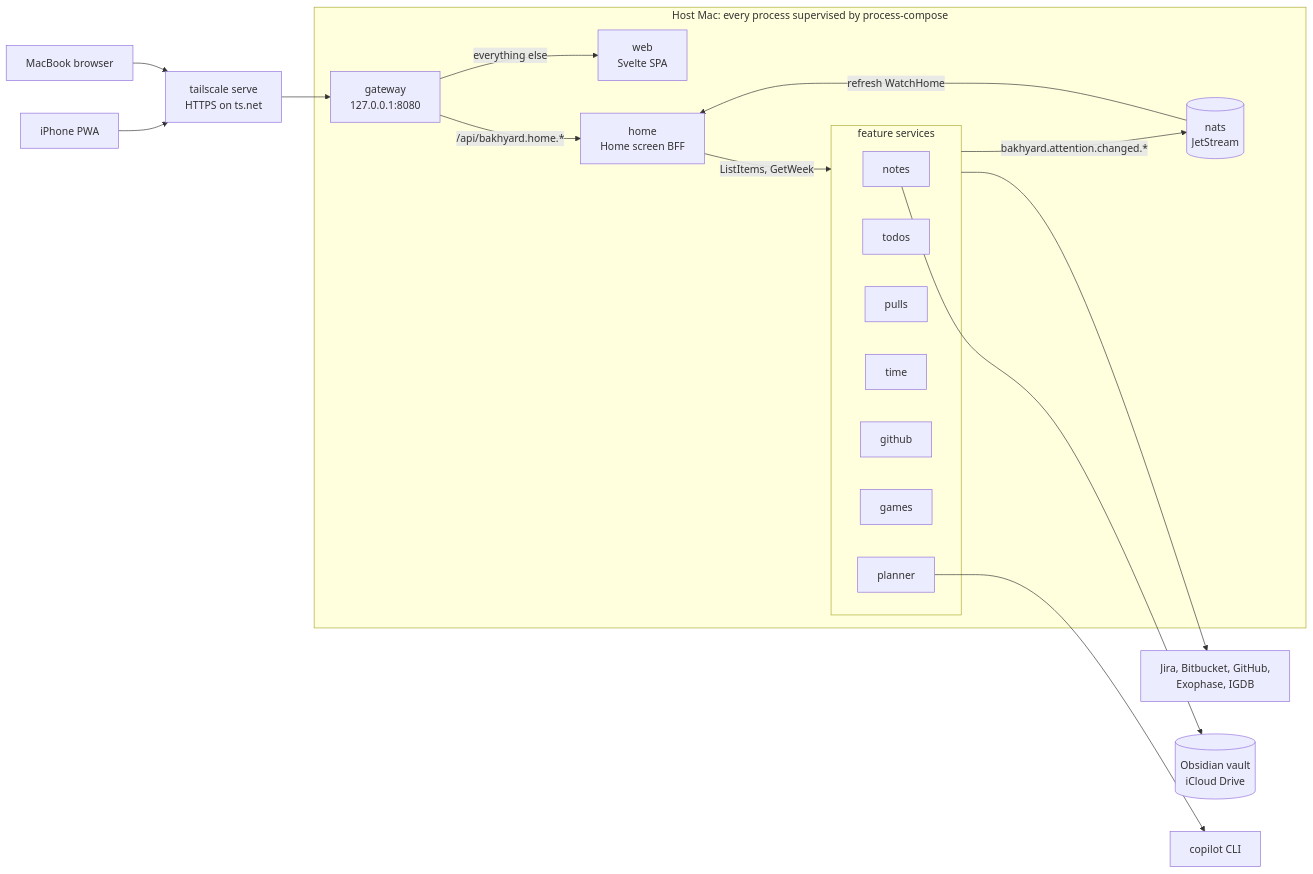
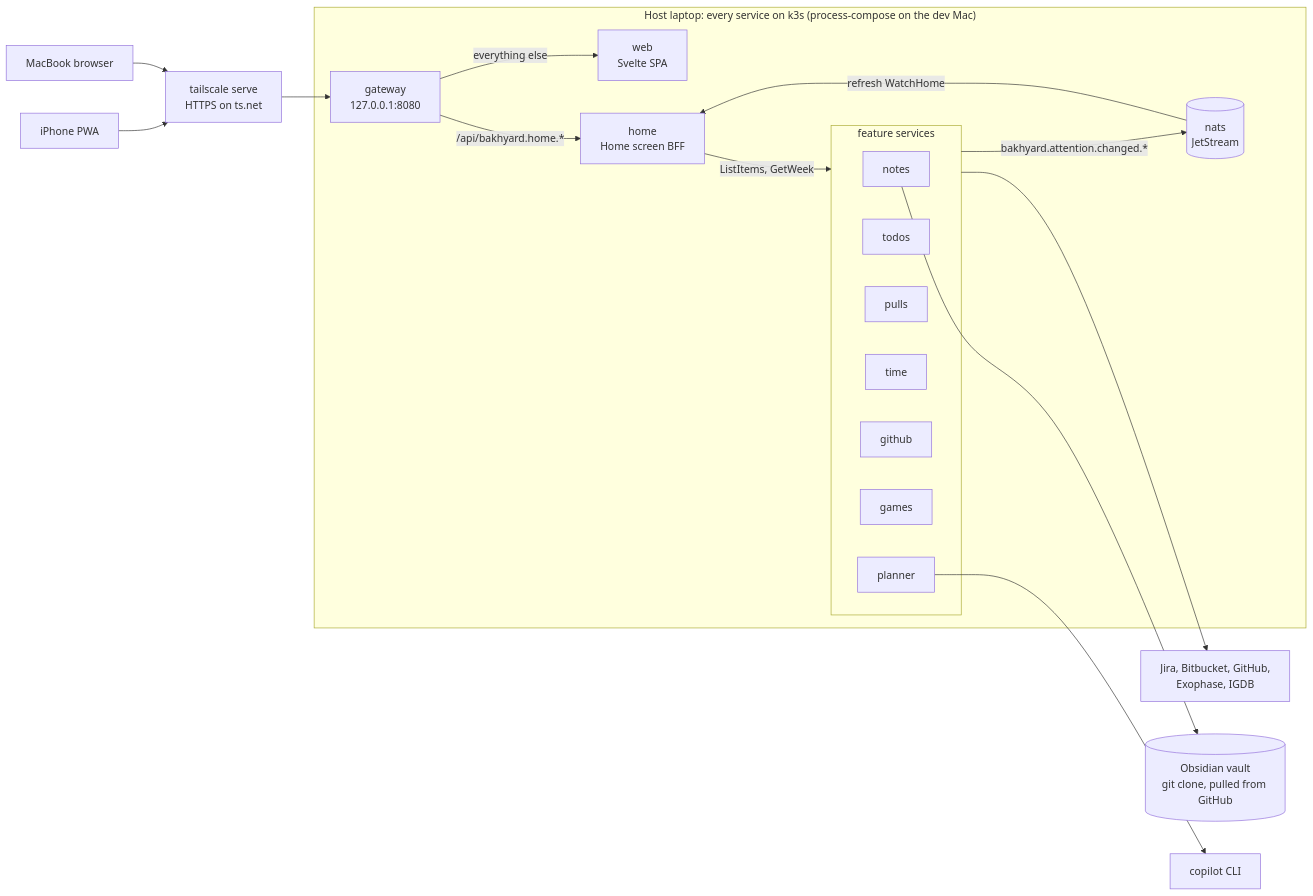
The diagram in docs/plan.md (codedogapp/bakhyard), drawn with Mermaid before and after one commit. The commit also changed other lines of this file and 1 other file, not shown here.

First line of the commit message:
docs: move the host to an always-on laptop with k3s (#48)

````diff
--- a/docs/plan.md
+++ b/docs/plan.md
@@ -235,38 +237,38 @@
 ```mermaid
 flowchart LR
     phone["iPhone PWA"]
     mac["MacBook browser"]
     serve["tailscale serve<br/>HTTPS on ts.net"]
 
-    subgraph host["Host Mac: every process supervised by process-compose"]
+    subgraph host["Host laptop: every service on k3s (process-compose on the dev Mac)"]
         gateway["gateway<br/>127.0.0.1:8080"]
         web["web<br/>Svelte SPA"]
         home["home<br/>Home screen BFF"]
         nats[("nats<br/>JetStream")]
         subgraph features["feature services"]
             notes["notes"]
             todos["todos"]
             pulls["pulls"]
             timesvc["time"]
             github["github"]
             games["games"]
             planner["planner"]
         end
     end
 
     apis["Jira, Bitbucket, GitHub,<br/>Exophase, IGDB"]
-    vault[("Obsidian vault<br/>iCloud Drive")]
+    vault[("Obsidian vault<br/>git clone, pulled from GitHub")]
     copilot["copilot CLI"]
 
     phone --> serve
     mac --> serve
     serve --> gateway
     gateway -->|"/api/bakhyard.home.*"| home
     gateway -->|"everything else"| web
     home -->|"ListItems, GetWeek"| features
     features -->|"bakhyard.attention.changed.*"| nats
     nats -->|"refresh WatchHome"| home
     features --> apis
     notes --> vault
     planner --> copilot
 ```
````
